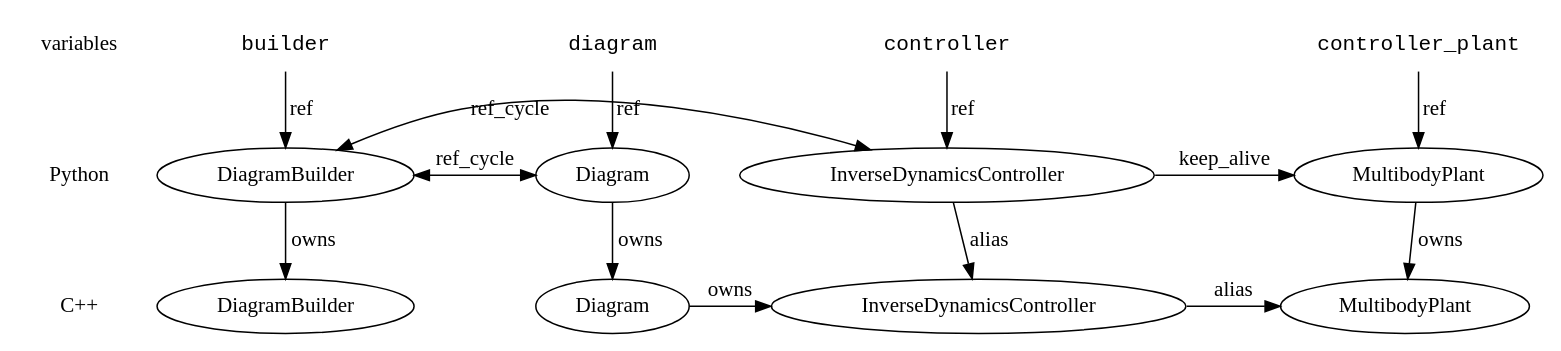
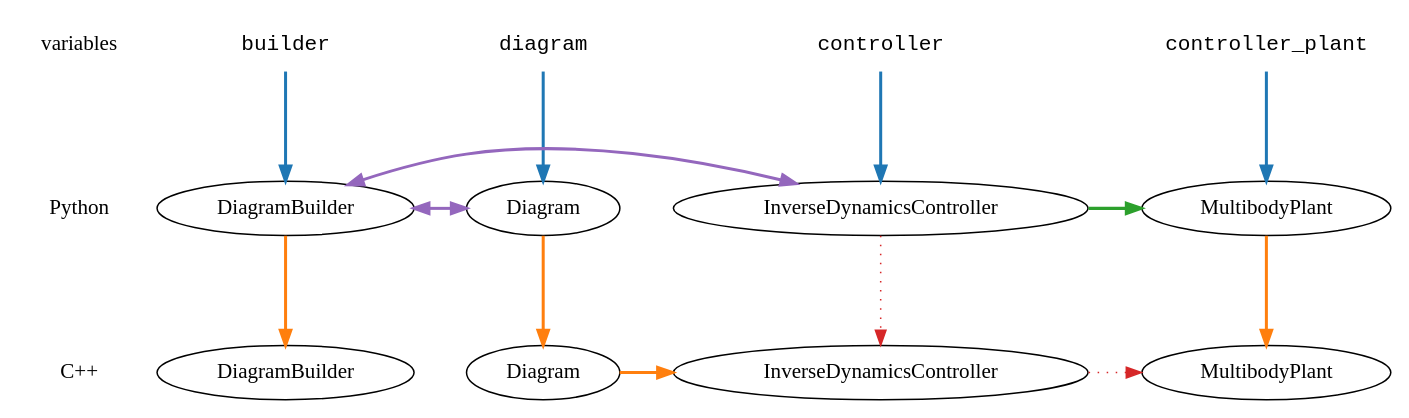
The diagram in dot/epoch2.1-python.dot (rpoyner-tri/drake), drawn with Graphviz before and after one commit. The commit also changed 7 other files, not shown here.

```diff
--- a/dot/epoch2.1-python.dot
+++ b/dot/epoch2.1-python.dot
@@ -1,43 +1,58 @@
 digraph G {
-
-{
- node [shape=plaintext];
- edge [style=invis];
- variables -> Python -> "C++";
+  edge [minlen=2];
+  {
+    node [shape=plaintext];
+    edge [style=invis];
+    variables -> Python -> "C++";
+  }
+  {
+    node [shape=plaintext, fontname="Courier"];
+    controller_plant; builder; controller; diagram;
+  }
+  
+  pymbp [label="MultibodyPlant"];
+  cmbp [label="MultibodyPlant"];
+  pydb [label="DiagramBuilder"];
+  cdb [label="DiagramBuilder"];
+  pyidc [label="InverseDynamicsController"];
+  cidc [label="InverseDynamicsController"];
+  pydgm [label="Diagram"];
+  cdgm [label="Diagram"];
+  
+  { rank = same; variables; controller_plant; builder; controller; diagram; }
+  { rank = same; Python; pymbp; pydb; pyidc; pydgm; }
+  { rank = same; "C++"; cmbp; cdb; cidc; cdgm; }
+  
+  {
+    edge [color="#1F77B4", style=bold];
+    controller_plant -> pymbp;
+    builder -> pydb;
+    diagram -> pydgm;
+    controller -> pyidc;
+  }
+  
+  {
+    edge [color="#FF7F0E", style=bold];
+    pymbp -> cmbp;
+    pydb -> cdb;
+    pydgm -> cdgm;
+    cdgm -> cidc;
+  }
+  
+  {
+    edge [color="#2CA02C", style=bold, constraint=false];
+    pyidc -> pymbp;
+  }
+  
+  {
+    edge [color="#D62728", style=dotted];
+    pyidc -> cidc;
+    cidc -> cmbp;
+  }
+  
+  {
+    edge [color="#9467BD", style=bold, constraint=false, dir=both];
+    pyidc -> pydb;
+    pydgm -> pydb;
+  }
 }
-{
- node [shape=plaintext, fontname="Courier"];
- controller_plant; builder; controller; diagram;
-}
-
-pymbp [label="MultibodyPlant"];
-cmbp [label="MultibodyPlant"];
-pydb [label="DiagramBuilder"];
-cdb [label="DiagramBuilder"];
-pyidc [label="InverseDynamicsController"];
-cidc [label="InverseDynamicsController"];
-pydgm [label="Diagram"];
-cdgm [label="Diagram"];
-
-{ rank = same; variables; controller_plant; builder; controller; diagram; }
-{ rank = same; Python; pymbp; pydb; pyidc; pydgm; }
-{ rank = same; "C++"; cmbp; cdb; cidc; cdgm; }
-
- controller_plant -> pymbp [label="ref"];
- pymbp -> cmbp [label="owns"];
-
- builder -> pydb [label="ref"];
- pydb -> cdb [label="owns"];
-
- diagram -> pydgm [label="ref"];
- pydgm -> cdgm [label="owns"];
- cdgm -> cidc [label="owns"];
-
- controller -> pyidc [label="ref"];
- pyidc -> cidc [label="alias"];
- pyidc -> pydb [label="ref_cycle", constraint=false, dir=both];
- pyidc -> pymbp [label="keep_alive", constraint=false];
- pydgm -> pydb [label="ref_cycle", constraint=false, dir=both];
-
- cidc -> cmbp [label="alias"];
-}
```
